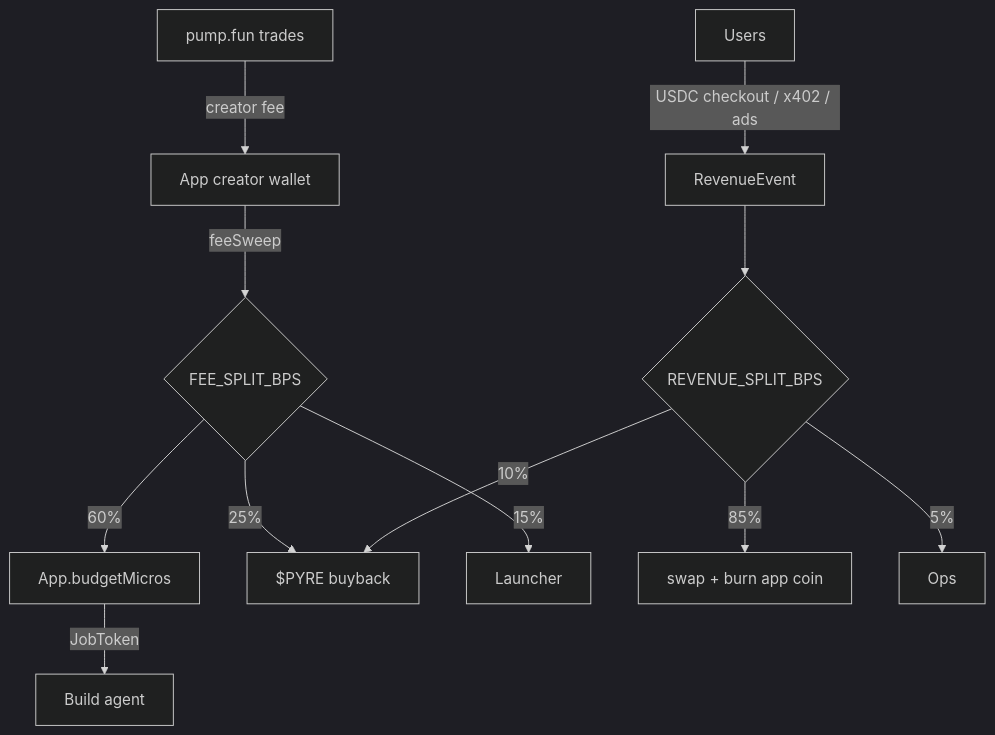
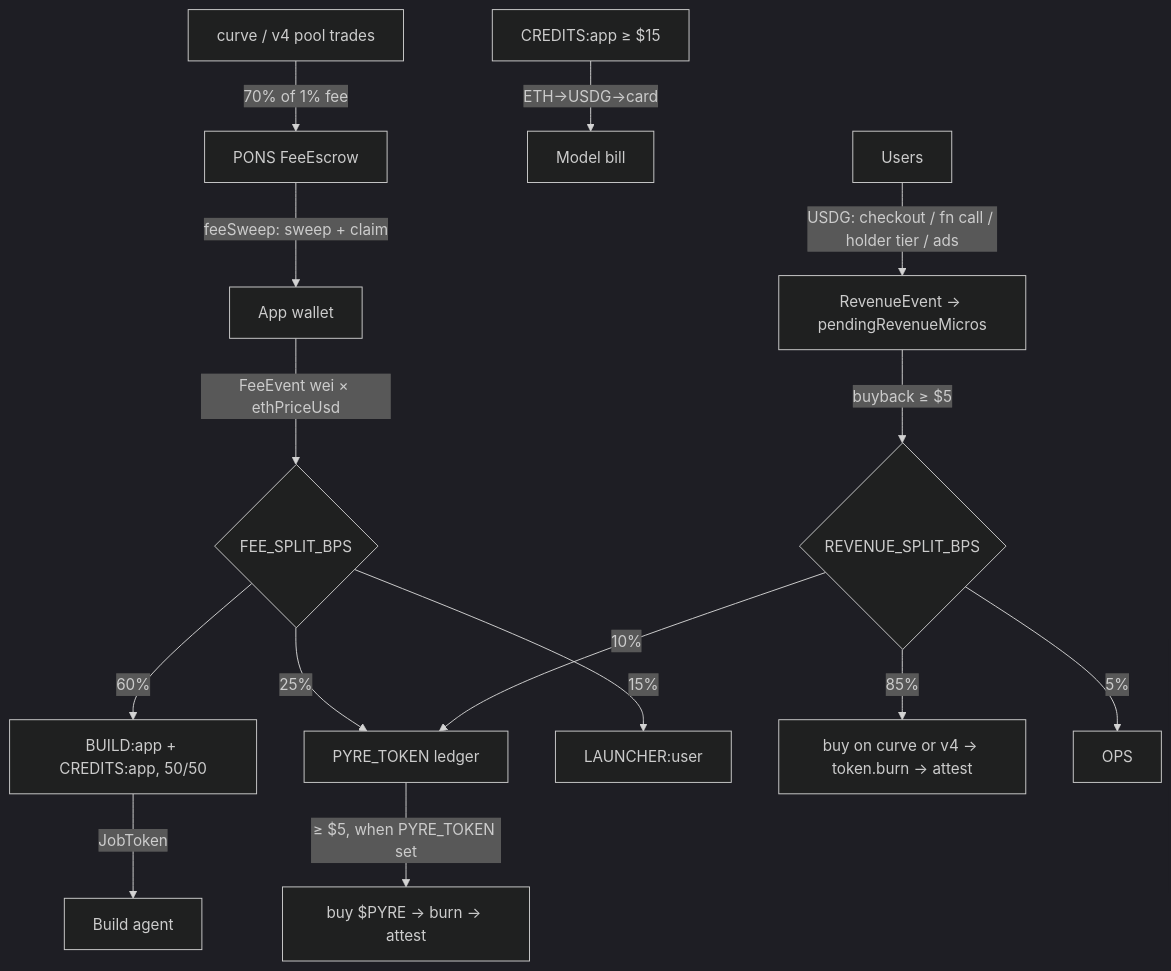
One commit to realdoomsman/pyre changed the third of 3 diagrams in docs/architecture.md. Above: the diagram before and after it, drawn with Mermaid (dark theme). The commit also changed other lines of this file and 58 other files, not shown here.

````diff
--- a/docs/architecture.md
+++ b/docs/architecture.md
@@ -68,14 +82,17 @@
 ```mermaid
 flowchart TD
-  Trades[pump.fun trades] -->|creator fee| CW[App creator wallet]
-  CW -->|feeSweep| Split{FEE_SPLIT_BPS}
-  Split -->|60%| Budget[App.budgetMicros]
-  Split -->|25%| PYRE[$PYRE buyback]
-  Split -->|15%| Launcher
-  Budget -->|JobToken| Agent[Build agent]
-  Users -->|USDC checkout / x402 / ads| Rev[RevenueEvent]
-  Rev --> RSplit{REVENUE_SPLIT_BPS}
-  RSplit -->|85%| Buyback[swap + burn app coin]
+  Trades[curve / v4 pool trades] -->|70% of 1% fee| Escrow[PONS FeeEscrow]
+  Escrow -->|feeSweep: sweep + claim| AW[App wallet]
+  AW -->|FeeEvent wei × ethPriceUsd| Split{FEE_SPLIT_BPS}
+  Split -->|60%| Build[BUILD:app + CREDITS:app, 50/50]
+  Split -->|25%| PYRE[PYRE_TOKEN ledger]
+  Split -->|15%| Launcher[LAUNCHER:user]
+  Build -->|JobToken| Agent[Build agent]
+  CREDITS[CREDITS:app ≥ $15] -->|ETH→USDG→card| Model[Model bill]
+  Users -->|USDG: checkout / fn call / holder tier / ads| Rev[RevenueEvent → pendingRevenueMicros]
+  Rev -->|buyback ≥ $5| RSplit{REVENUE_SPLIT_BPS}
+  RSplit -->|85%| Burn[buy on curve or v4 → token.burn → attest]
   RSplit -->|10%| PYRE
-  RSplit -->|5%| Ops
+  RSplit -->|5%| Ops[OPS]
+  PYRE -->|≥ $5, when PYRE_TOKEN set| PBurn[buy $PYRE → burn → attest]
 ```
````
